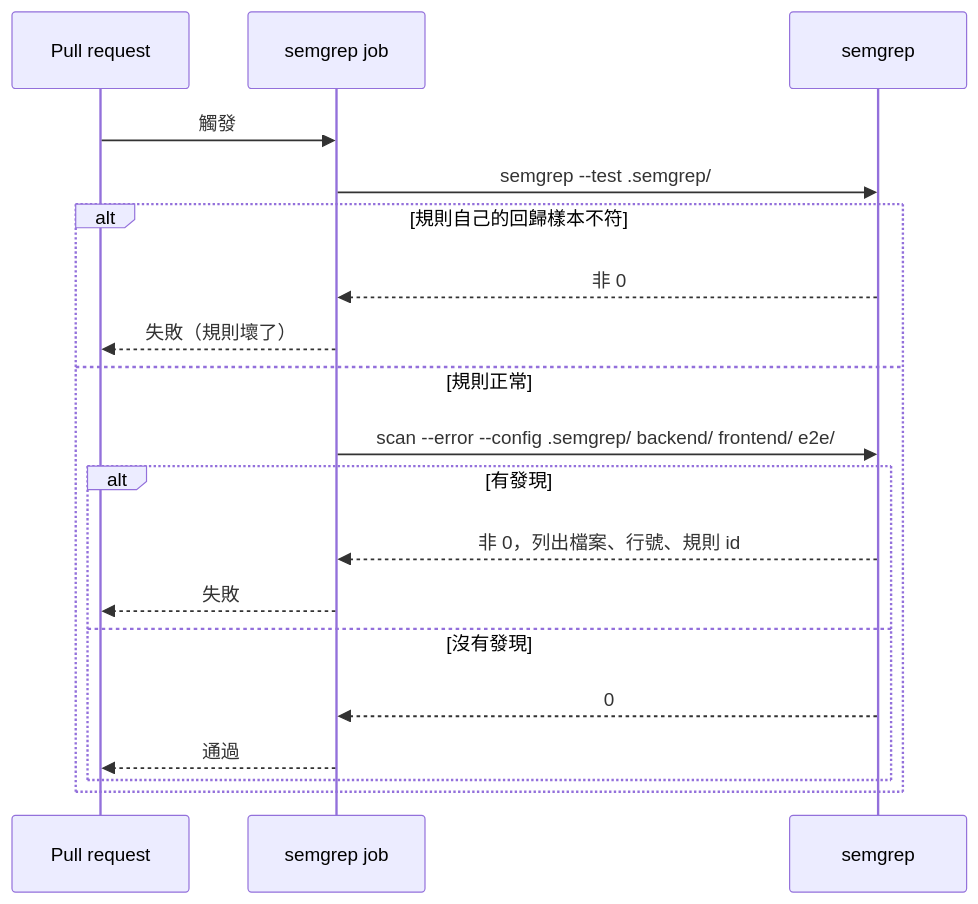
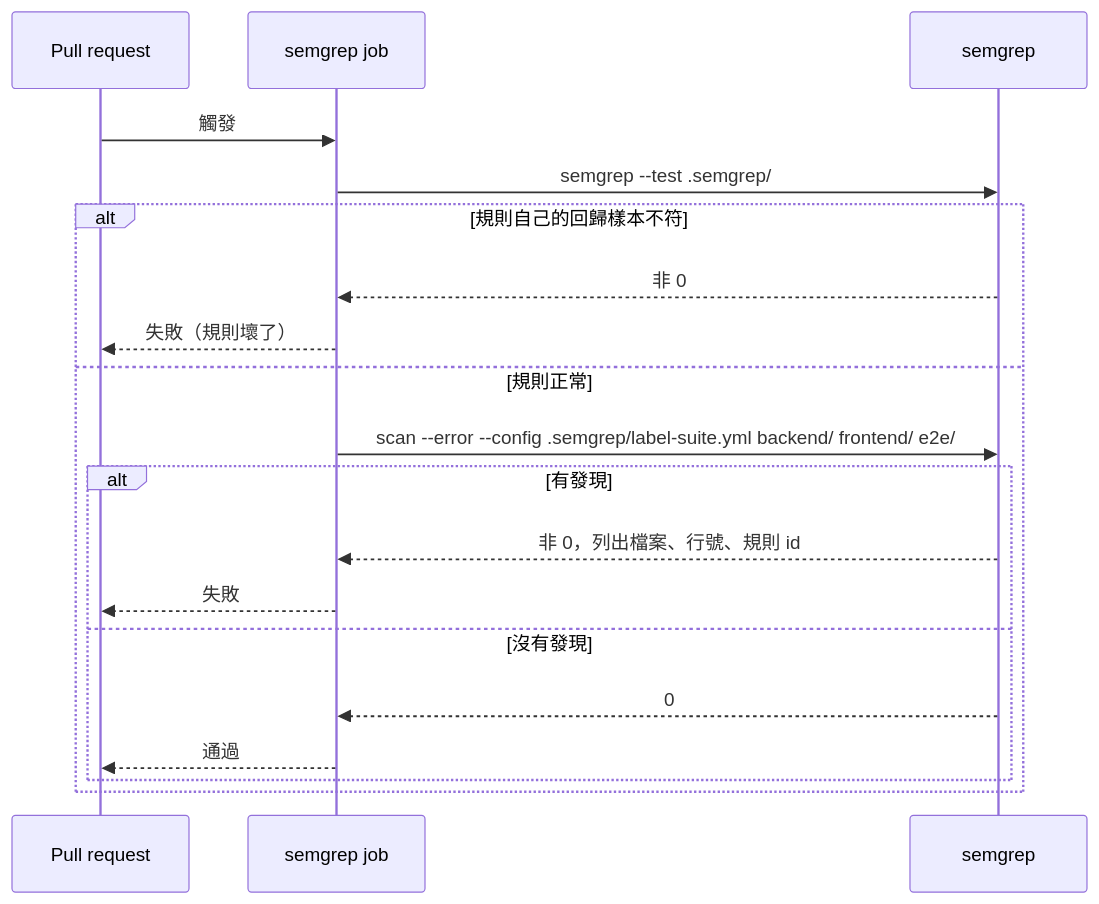
Diagram 12 of 13 in openspec/changes/infra-compose-e2e-ci/system-design.md (label-suite/label-suite), drawn with Mermaid before and after one commit. The commit also changed other lines of this file and 1 other file, not shown here.

First line of the commit message:
docs: scan with the semgrep rule file, not the directory (#506)

````diff
--- a/openspec/changes/infra-compose-e2e-ci/system-design.md
+++ b/openspec/changes/infra-compose-e2e-ci/system-design.md
@@ -617,21 +617,21 @@
 ```mermaid
 sequenceDiagram
   participant PR as Pull request
   participant Job as semgrep job
   participant SG as semgrep
   PR->>Job: 觸發
   Job->>SG: semgrep --test .semgrep/
   alt 規則自己的回歸樣本不符
     SG-->>Job: 非 0
     Job-->>PR: 失敗（規則壞了）
   else 規則正常
-    Job->>SG: scan --error --config .semgrep/ backend/ frontend/ e2e/
+    Job->>SG: scan --error --config .semgrep/label-suite.yml backend/ frontend/ e2e/
     alt 有發現
       SG-->>Job: 非 0，列出檔案、行號、規則 id
       Job-->>PR: 失敗
     else 沒有發現
       SG-->>Job: 0
       Job-->>PR: 通過
     end
   end
 ```
````
